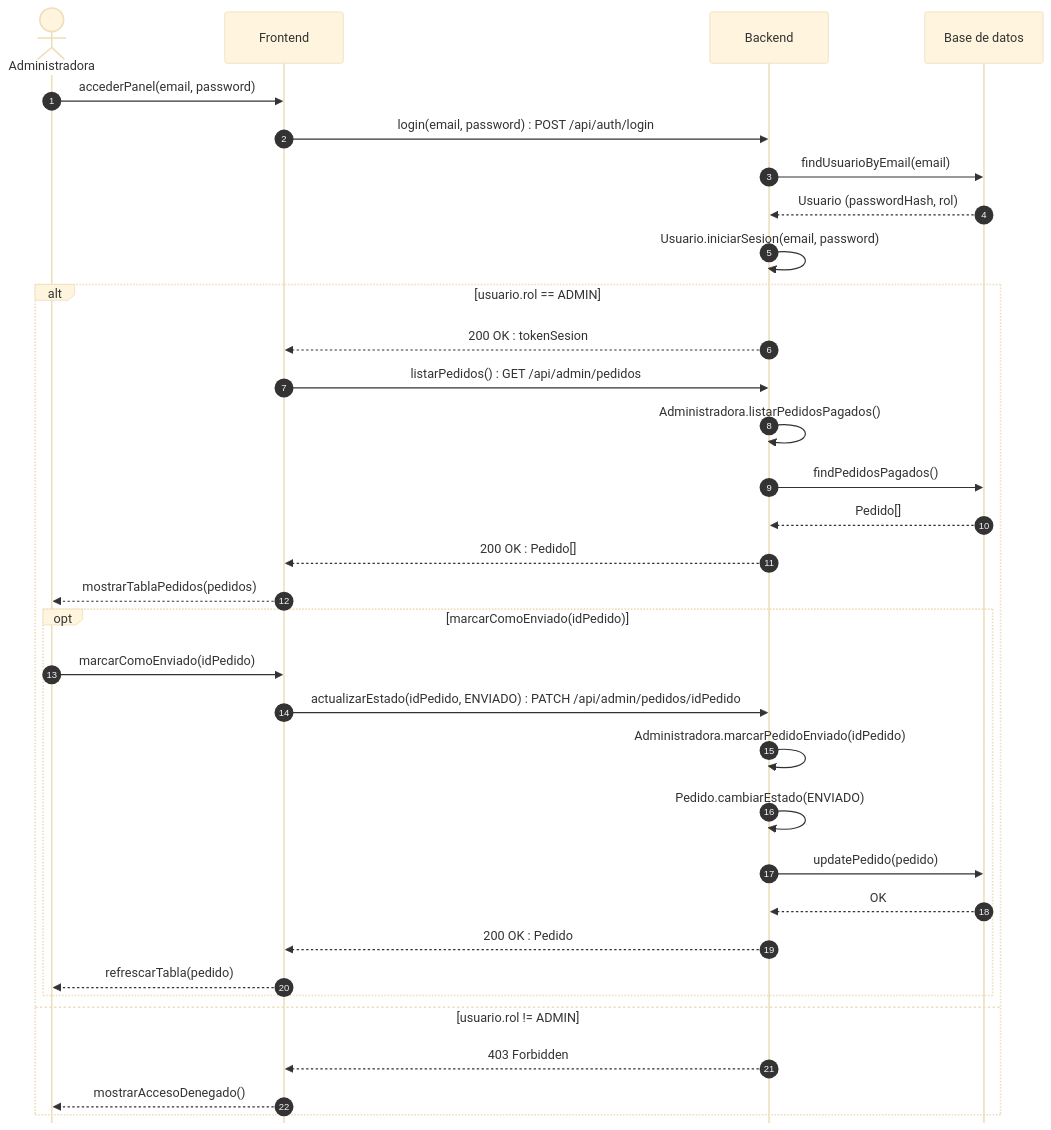
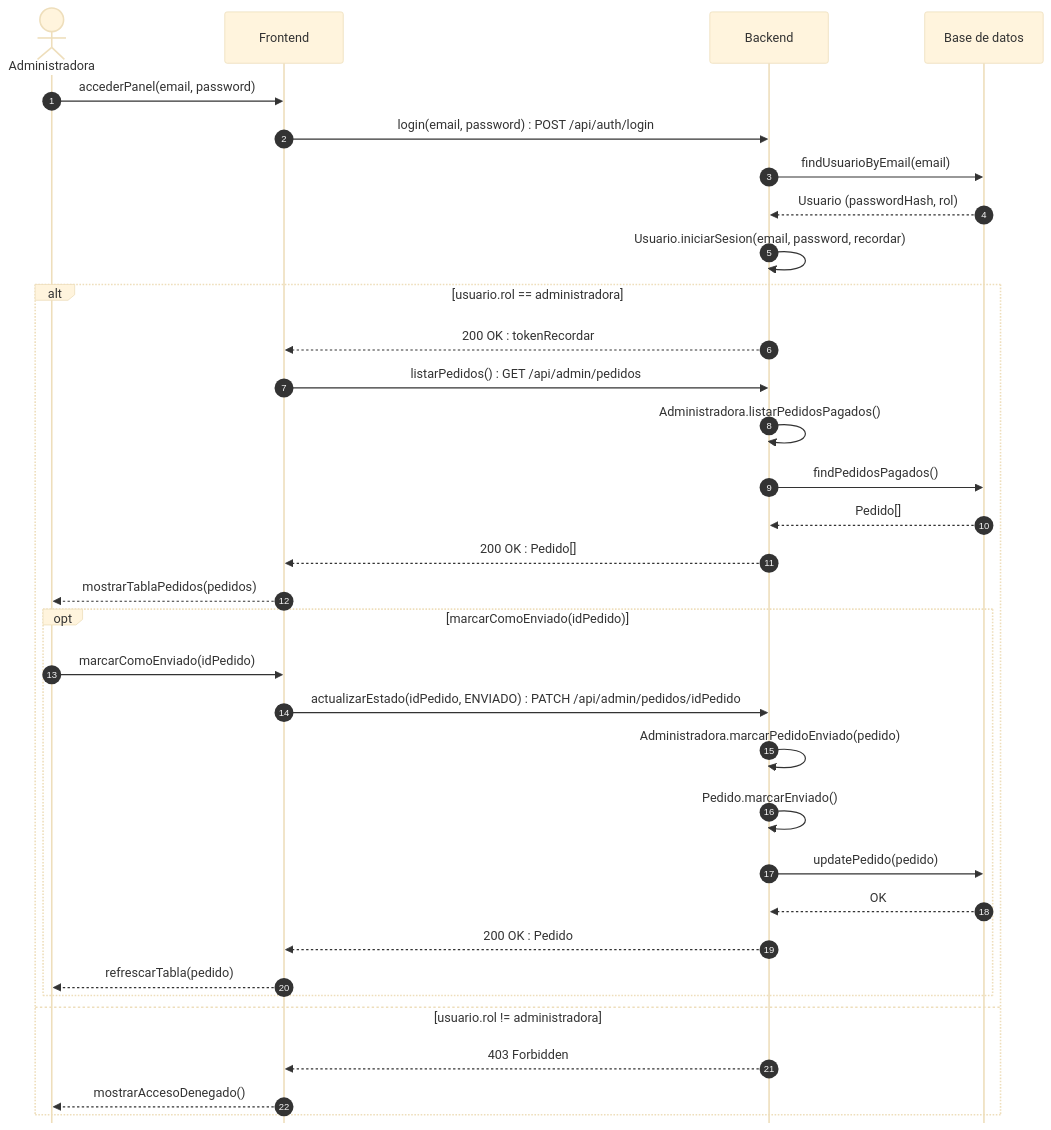
One commit to ajgarciarias10/PR3GPS changed the diagram in Practica3_G11_LaTeX/codigo/sec_us05.mmd. Above: the diagram before and after it, drawn with Mermaid (base theme). The commit also changed 27 other files, not shown here.

First line of the commit message:
fix(bloque3): alinear diagramas de secuencia con el diagrama de clases final

```diff
--- a/Practica3_G11_LaTeX/codigo/sec_us05.mmd
+++ b/Practica3_G11_LaTeX/codigo/sec_us05.mmd
@@ -1,34 +1,34 @@
 %%{init: {'sequence': {'mirrorActors': false}}}%%
 sequenceDiagram
     autonumber
     actor U as Administradora
     participant FE as Frontend
     participant BE as Backend
     participant DB as Base de datos
     U->>FE: accederPanel(email, password)
     FE->>BE: login(email, password) : POST /api/auth/login
     BE->>DB: findUsuarioByEmail(email)
     DB-->>BE: Usuario (passwordHash, rol)
-    BE->>BE: Usuario.iniciarSesion(email, password)
-    alt usuario.rol == ADMIN
-        BE-->>FE: 200 OK : tokenSesion
+    BE->>BE: Usuario.iniciarSesion(email, password, recordar)
+    alt usuario.rol == administradora
+        BE-->>FE: 200 OK : tokenRecordar
         FE->>BE: listarPedidos() : GET /api/admin/pedidos
         BE->>BE: Administradora.listarPedidosPagados()
         BE->>DB: findPedidosPagados()
         DB-->>BE: Pedido[]
         BE-->>FE: 200 OK : Pedido[]
         FE-->>U: mostrarTablaPedidos(pedidos)
         opt marcarComoEnviado(idPedido)
             U->>FE: marcarComoEnviado(idPedido)
             FE->>BE: actualizarEstado(idPedido, ENVIADO) : PATCH /api/admin/pedidos/idPedido
-            BE->>BE: Administradora.marcarPedidoEnviado(idPedido)
-            BE->>BE: Pedido.cambiarEstado(ENVIADO)
+            BE->>BE: Administradora.marcarPedidoEnviado(pedido)
+            BE->>BE: Pedido.marcarEnviado()
             BE->>DB: updatePedido(pedido)
             DB-->>BE: OK
             BE-->>FE: 200 OK : Pedido
             FE-->>U: refrescarTabla(pedido)
         end
-    else usuario.rol != ADMIN
+    else usuario.rol != administradora
         BE-->>FE: 403 Forbidden
         FE-->>U: mostrarAccesoDenegado()
     end
```
